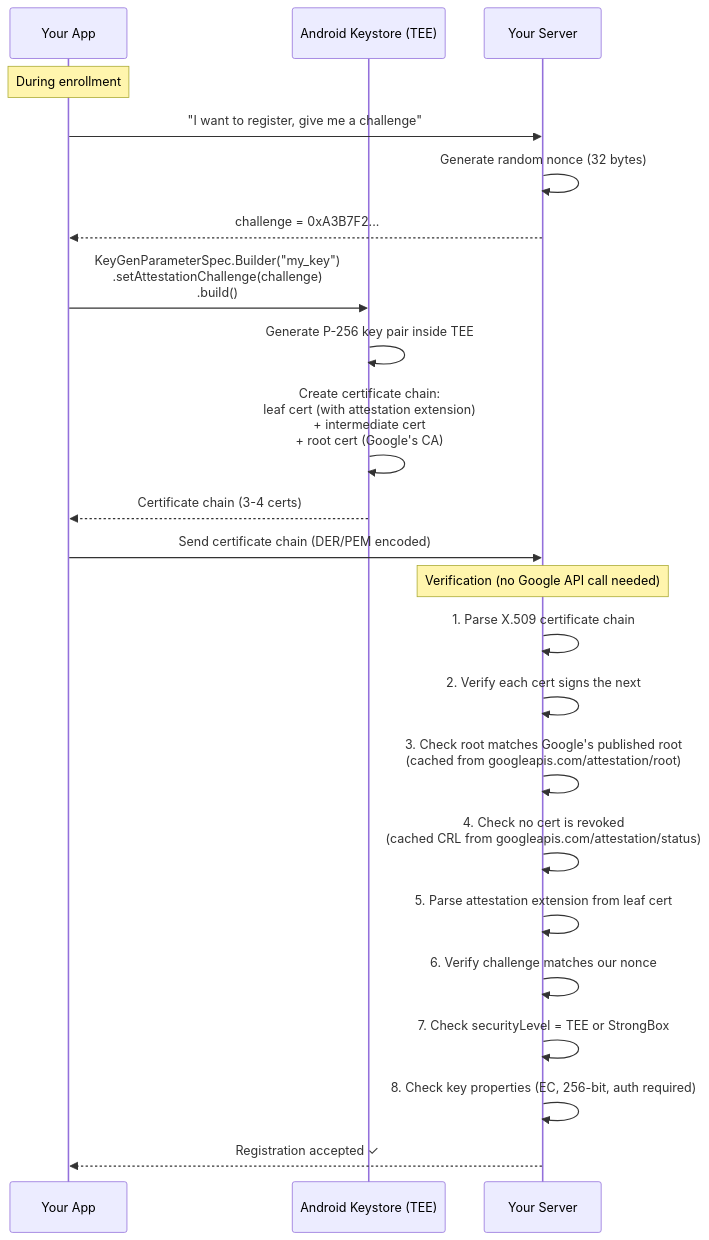
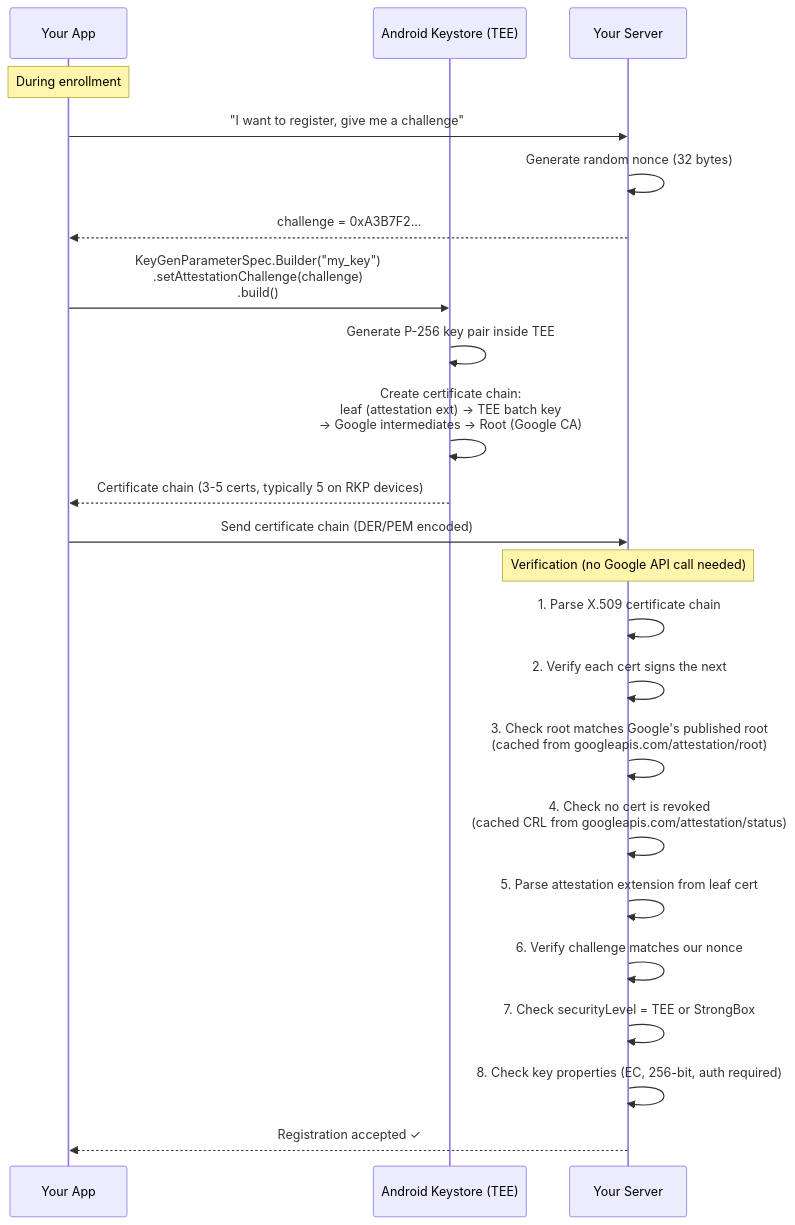
Before and after one commit to TorinKS/android-keystore: the second of 4 diagrams in docs/KEY_ATTESTATION_VS_DEVICE_ATTESTATION.md, drawn with Mermaid. The commit also changed 6 other files, not shown here.

````diff
--- a/docs/KEY_ATTESTATION_VS_DEVICE_ATTESTATION.md
+++ b/docs/KEY_ATTESTATION_VS_DEVICE_ATTESTATION.md
@@ -102,30 +102,30 @@
 ```mermaid
 sequenceDiagram
     participant App as Your App
     participant KS as Android Keystore (TEE)
     participant Server as Your Server
 
     Note over App: During enrollment
     App->>Server: "I want to register, give me a challenge"
     Server->>Server: Generate random nonce (32 bytes)
     Server-->>App: challenge = 0xA3B7F2...
 
     App->>KS: KeyGenParameterSpec.Builder("my_key")<br/>.setAttestationChallenge(challenge)<br/>.build()
     KS->>KS: Generate P-256 key pair inside TEE
-    KS->>KS: Create certificate chain:<br/>leaf cert (with attestation extension)<br/>+ intermediate cert<br/>+ root cert (Google's CA)
-    KS-->>App: Certificate chain (3-4 certs)
+    KS->>KS: Create certificate chain:<br/>leaf (attestation ext) → TEE batch key<br/>→ Google intermediates → Root (Google CA)
+    KS-->>App: Certificate chain (3-5 certs, typically 5 on RKP devices)
 
     App->>Server: Send certificate chain (DER/PEM encoded)
 
     Note over Server: Verification (no Google API call needed)
     Server->>Server: 1. Parse X.509 certificate chain
     Server->>Server: 2. Verify each cert signs the next
     Server->>Server: 3. Check root matches Google's published root<br/>(cached from googleapis.com/attestation/root)
     Server->>Server: 4. Check no cert is revoked<br/>(cached CRL from googleapis.com/attestation/status)
     Server->>Server: 5. Parse attestation extension from leaf cert
     Server->>Server: 6. Verify challenge matches our nonce
     Server->>Server: 7. Check securityLevel = TEE or StrongBox
     Server->>Server: 8. Check key properties (EC, 256-bit, auth required)
 
     Server-->>App: Registration accepted ✓
 ```
````
